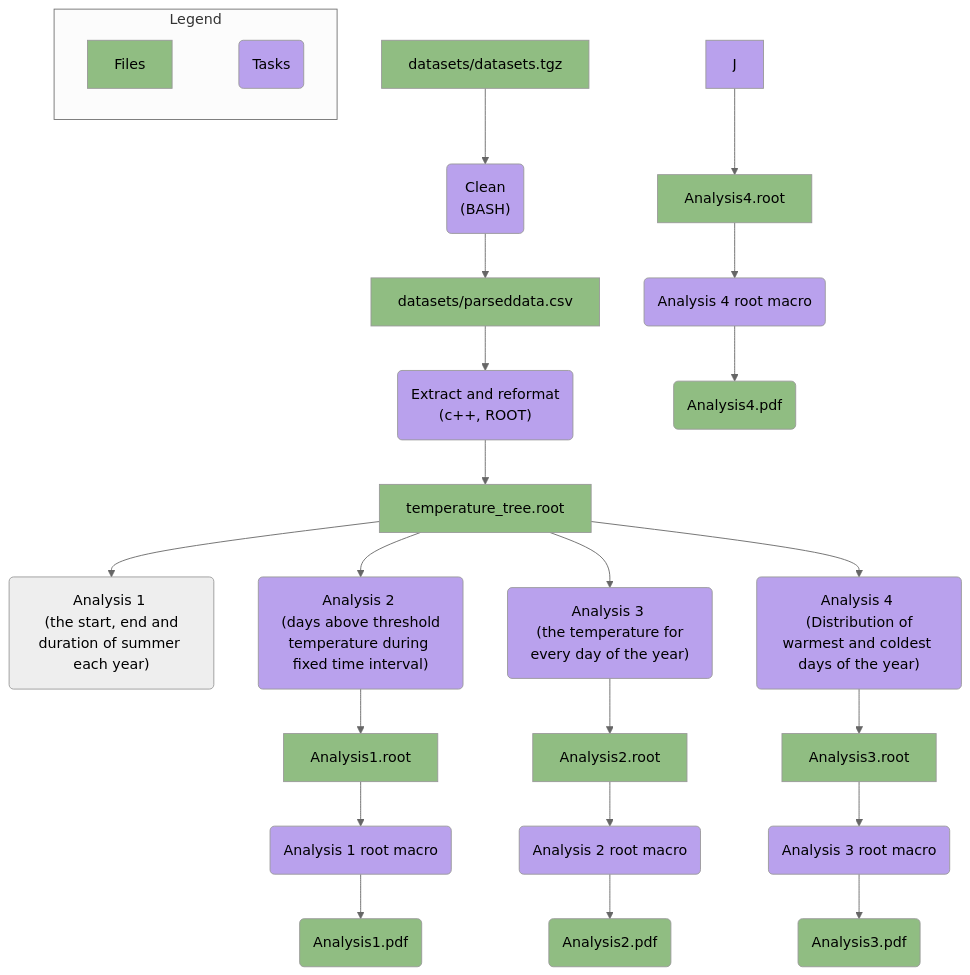
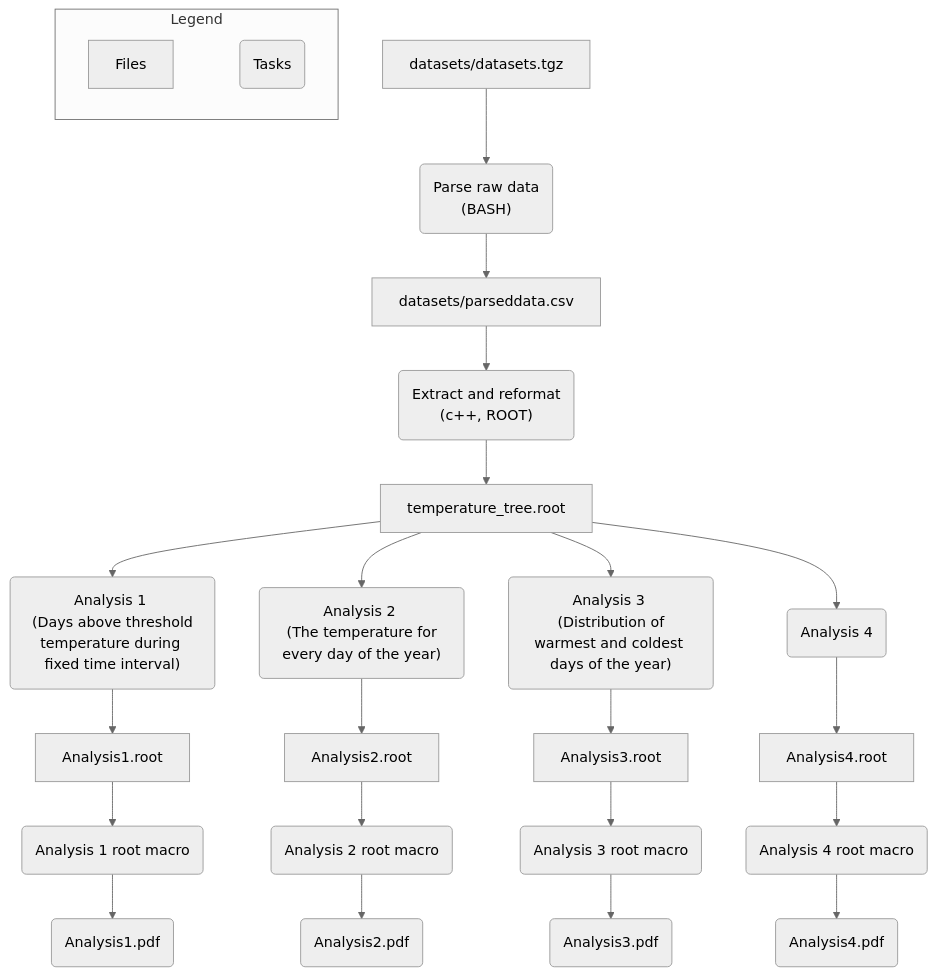
One commit to dchelidzemrics-design/MNXB11-Project changed the diagram in Workplan.md. Above: the diagram before and after it, drawn with Mermaid.

````diff
--- a/Workplan.md
+++ b/Workplan.md
@@ -9,49 +9,41 @@
 ```mermaid 
 %%{init: { 'theme':'neutral', 'fontSize': '11px'} }%%
 flowchart TD
     %% This will be the same for all analyses
-    A["datasets/datasets.tgz"] --> B("Clean <br> (BASH)")
+    A["datasets/datasets.tgz"] --> B("Parse raw data <br> (BASH)")
     B --> C["datasets/parseddata.csv"]
     C --> D("Extract and reformat <br> (c++, ROOT)")
     D --> E["temperature_tree.root"]
 
     %% The seperate analyses
-    E --> F("Analysis 1 <br> (the start, end and duration of summer each year)")
-    E --> G("Analysis 2 <br> (days above threshold temperature during fixed time interval)")
-    E --> H("Analysis 3 <br> (the temperature for every day of the year)")
-    E --> I("Analysis 4 <br> (Distribution of warmest and coldest days of the year)")
+    E --> G("Analysis 1 <br> (Days above threshold temperature during fixed time interval)")
+    E --> H("Analysis 2 <br> (The temperature for every day of the year)")
+    E --> I("Analysis 3 <br> (Distribution of warmest and coldest days of the year)")
+    E --> J("Analysis 4 <br> ")
 
     %% Analysis 1 workflow
     G --> G1["Analysis1.root"]
     G1 --> G2("Analysis 1 root macro")
     G2 --> G3("Analysis1.pdf")
 
     %% Analysis 2 workflow
     H --> H1["Analysis2.root"]
     H1 --> H2("Analysis 2 root macro")
     H2 --> H3("Analysis2.pdf")
 
     %% Analysis 3 workflow
     I --> I1["Analysis3.root"]
     I1 --> I2("Analysis 3 root macro")
     I2 --> I3("Analysis3.pdf")
 
     %% Analysis 4 workflow
     J --> J1["Analysis4.root"]
     J1 --> J2("Analysis 4 root macro")
     J2 --> J3("Analysis4.pdf")
 
     %% Legend 
     subgraph Legend ["Legend"]
         direction LR
         L1["Files"] ~~~ L2("Tasks")
     end
-
-    %% Seperate Files and Tasks into different classes
-    %% with different colors
-    classDef Files fill:#90bd82;
-    classDef Tasks fill:#b9a1ed;
-
-    class L1,A,C,E,G1,G3,H1,H3,I1,I3,J1,J3 Files;
-    class L2,B,D,G,H,I,J,F2,G2,H2,I2,J2 Tasks;
 ```
````
